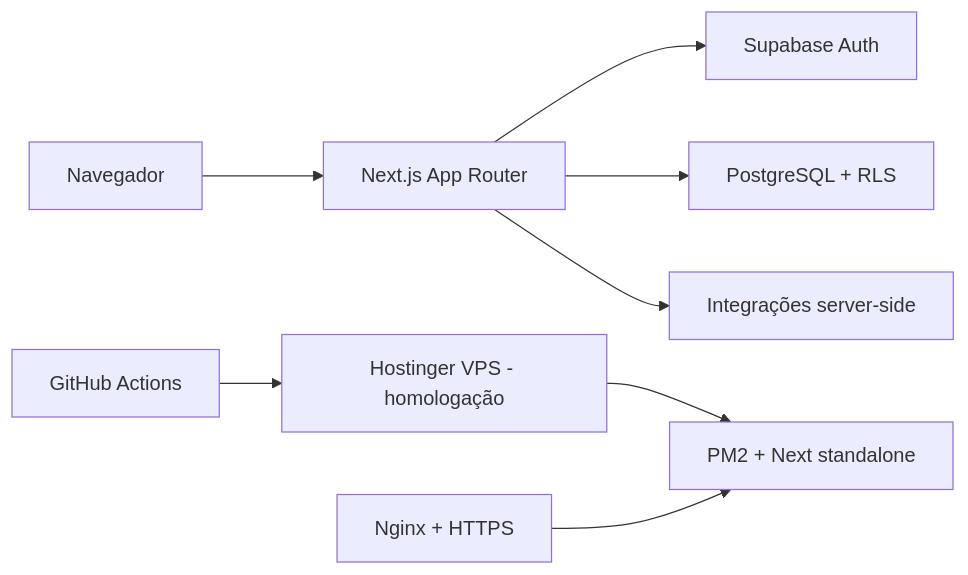
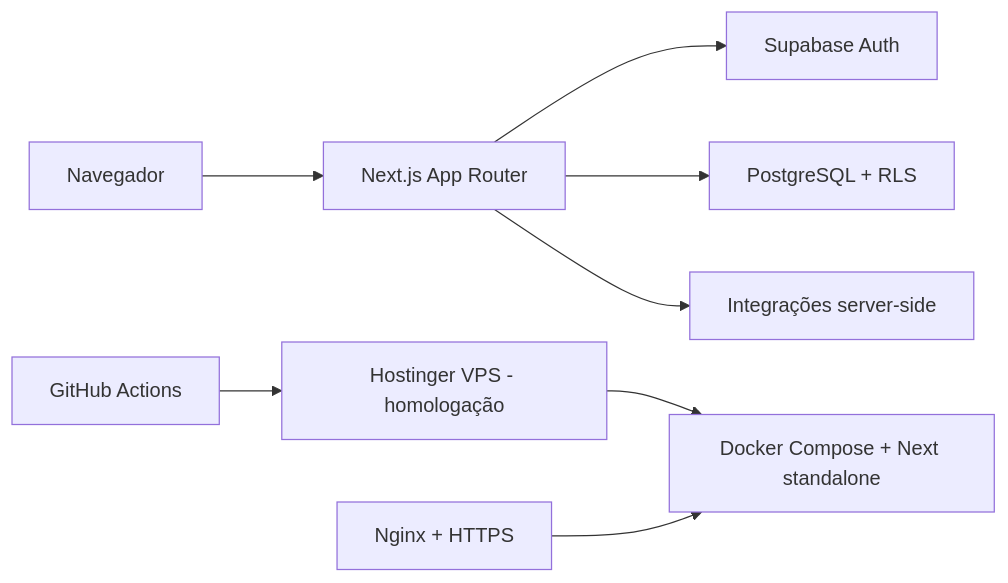
The diagram in ARCHITECTURE.md (contatoleandrolucass2-a11y/descomplica-crm), drawn with Mermaid before and after one commit. The commit also changed other lines of this file and 17 other files, not shown here.

````diff
--- a/ARCHITECTURE.md
+++ b/ARCHITECTURE.md
@@ -9,10 +9,10 @@
 ```mermaid
 flowchart LR
     B["Navegador"] --> N["Next.js App Router"]
     N --> A["Supabase Auth"]
     N --> P["PostgreSQL + RLS"]
     N --> I["Integrações server-side"]
     G["GitHub Actions"] --> H["Hostinger VPS - homologação"]
-    H --> M["PM2 + Next standalone"]
+    H --> M["Docker Compose + Next standalone"]
     X["Nginx + HTTPS"] --> M
 ```
````
